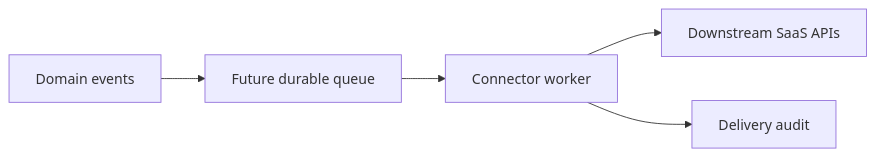
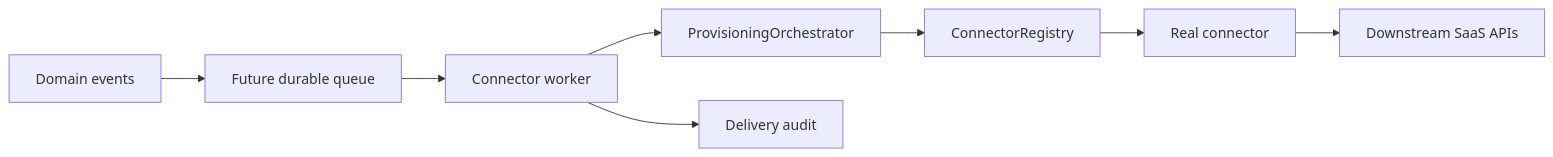
One commit to happelj/accessiq changed the seventh of 8 diagrams in docs/architecture.md. Above: the diagram before and after it, drawn with Mermaid. The commit also changed other lines of this file and 20 other files, not shown here.

````diff
--- a/docs/architecture.md
+++ b/docs/architecture.md
@@ -184,7 +230,10 @@
 ```mermaid
 flowchart LR
     Events["Domain events"] --> Queue["Future durable queue"]
     Queue --> Worker["Connector worker"]
-    Worker --> SaaS["Downstream SaaS APIs"]
+    Worker --> Orchestrator["ProvisioningOrchestrator"]
+    Orchestrator --> Registry["ConnectorRegistry"]
+    Registry --> Connector["Real connector"]
+    Connector --> SaaS["Downstream SaaS APIs"]
     Worker --> Audit["Delivery audit"]
 ```
````
